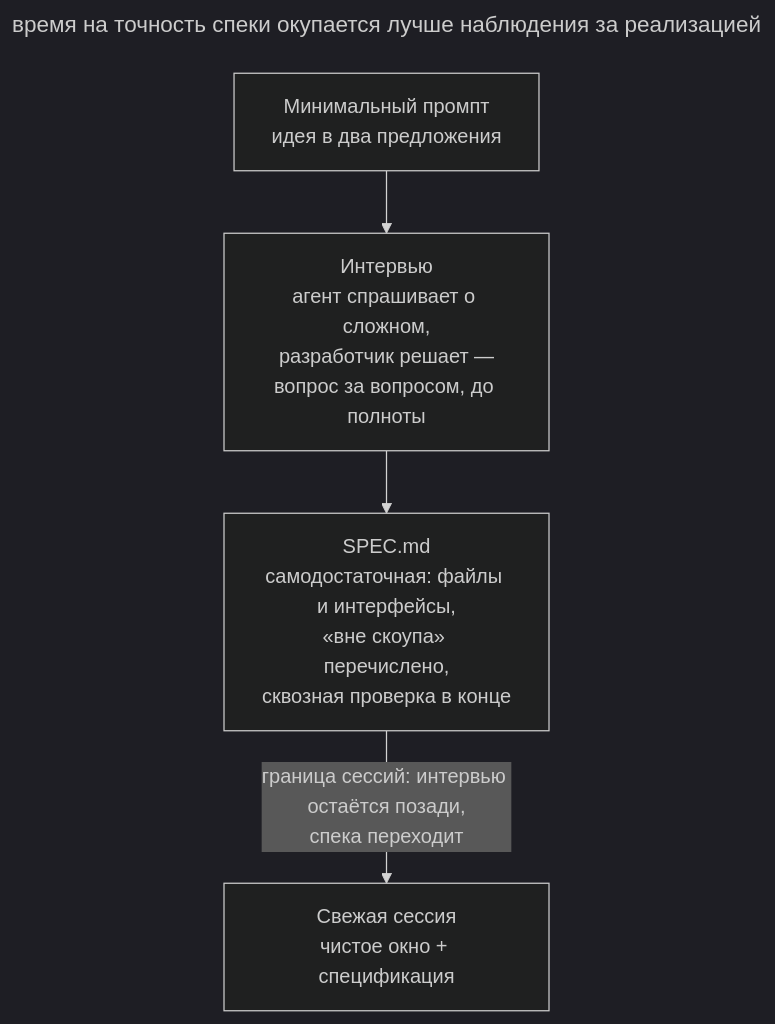
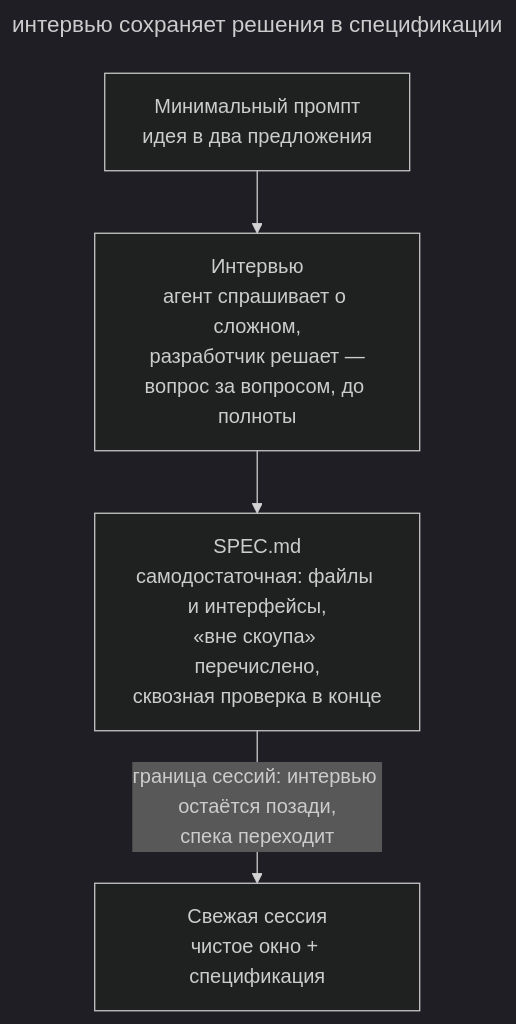
One commit to Rastavelli/agentic-coding-design-patterns changed the diagram in book/ru/let-claude-interview-you.md. Above: the diagram before and after it, drawn with Mermaid (dark theme). The commit also changed other lines of this file and 24 other files, not shown here.

Commit message:
docs: finish Russian prose review and align diagram captions

````diff
--- a/book/ru/let-claude-interview-you.md
+++ b/book/ru/let-claude-interview-you.md
@@ -40,12 +39,12 @@
 ```mermaid
 ---
-title: время на точность спеки окупается лучше наблюдения за реализацией
+title: интервью сохраняет решения в спецификации
 ---
 flowchart TB
   prompt["Минимальный промпт<br/>идея в два предложения"]:::accent
   interview["Интервью<br/>агент спрашивает о сложном,<br/>разработчик решает —<br/>вопрос за вопросом, до полноты"]
   spec["SPEC.md<br/>самодостаточная: файлы и интерфейсы,<br/>«вне скоупа» перечислено,<br/>сквозная проверка в конце"]:::accent
   fresh["Свежая сессия<br/>чистое окно + спецификация"]
   prompt --> interview --> spec
   spec -- "граница сессий: интервью остаётся позади,<br/>спека переходит" --> fresh
 ```
````
